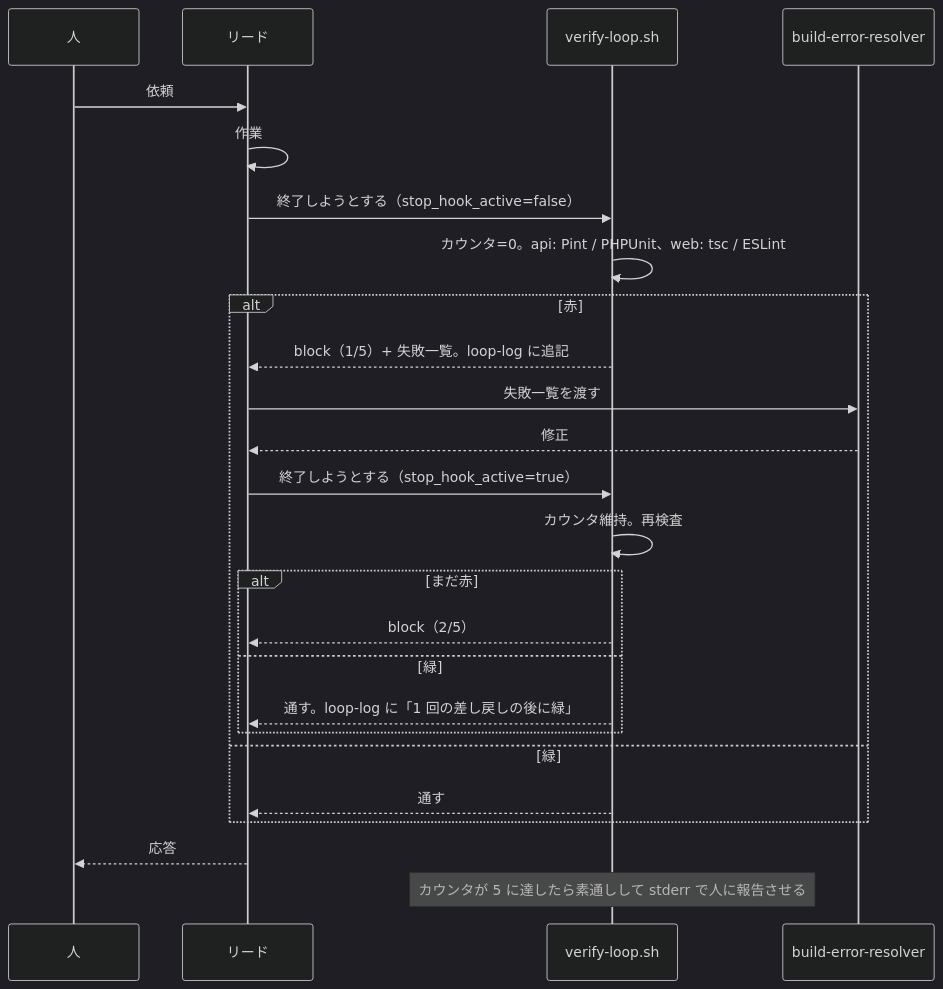
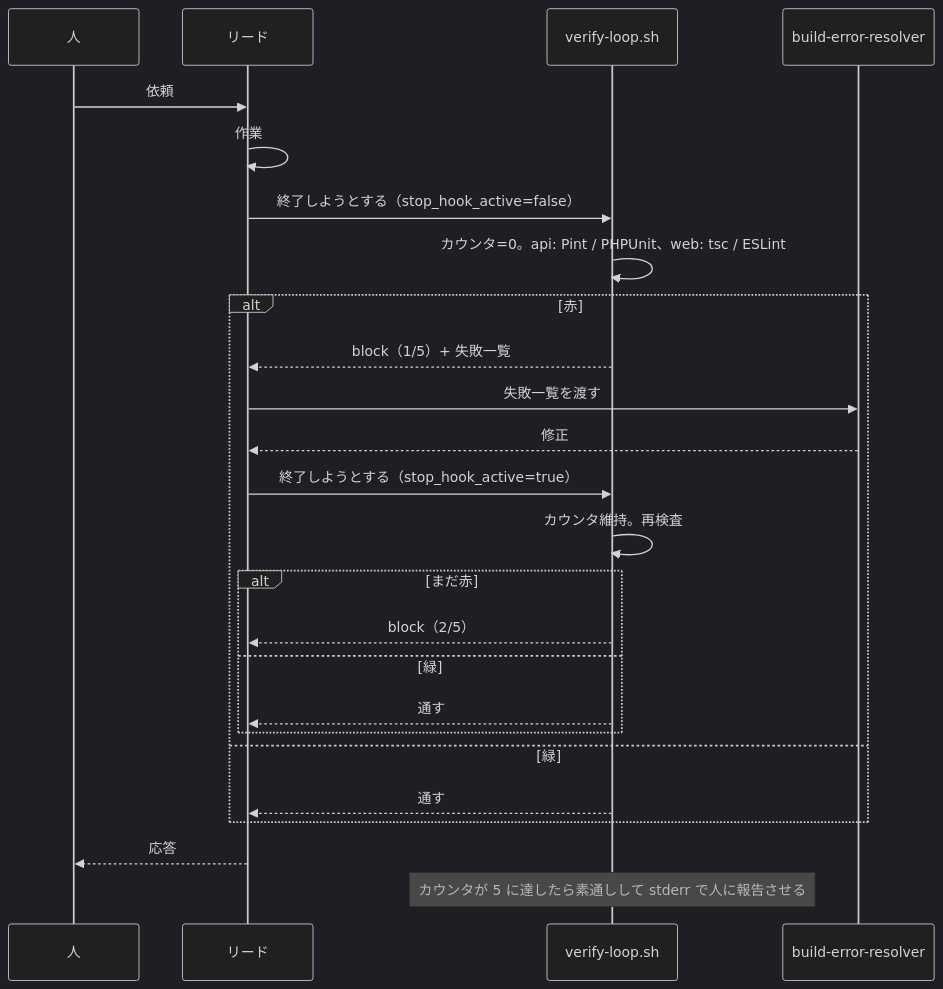
One commit to hata-junnosuke/next_team changed the second of 2 diagrams in docs/04_ループエンジニアリング.md. Above: the diagram before and after it, drawn with Mermaid (dark theme). The commit also changed other lines of this file and 17 other files, not shown here.

````diff
--- a/docs/04_ループエンジニアリング.md
+++ b/docs/04_ループエンジニアリング.md
@@ -200,28 +205,28 @@
 ```mermaid
 sequenceDiagram
     participant U as 人
     participant L as リード
     participant S as verify-loop.sh
     participant R as build-error-resolver
 
     U->>L: 依頼
     L->>L: 作業
     L->>S: 終了しようとする（stop_hook_active=false）
     S->>S: カウンタ=0。api: Pint / PHPUnit、web: tsc / ESLint
     alt 赤
-        S-->>L: block（1/5）+ 失敗一覧。loop-log に追記
+        S-->>L: block（1/5）+ 失敗一覧
         L->>R: 失敗一覧を渡す
         R-->>L: 修正
         L->>S: 終了しようとする（stop_hook_active=true）
         S->>S: カウンタ維持。再検査
         alt まだ赤
             S-->>L: block（2/5）
         else 緑
-            S-->>L: 通す。loop-log に「1 回の差し戻しの後に緑」
+            S-->>L: 通す
         end
     else 緑
         S-->>L: 通す
     end
     L-->>U: 応答
     Note over S: カウンタが 5 に達したら素通しして stderr で人に報告させる
 ```
````
